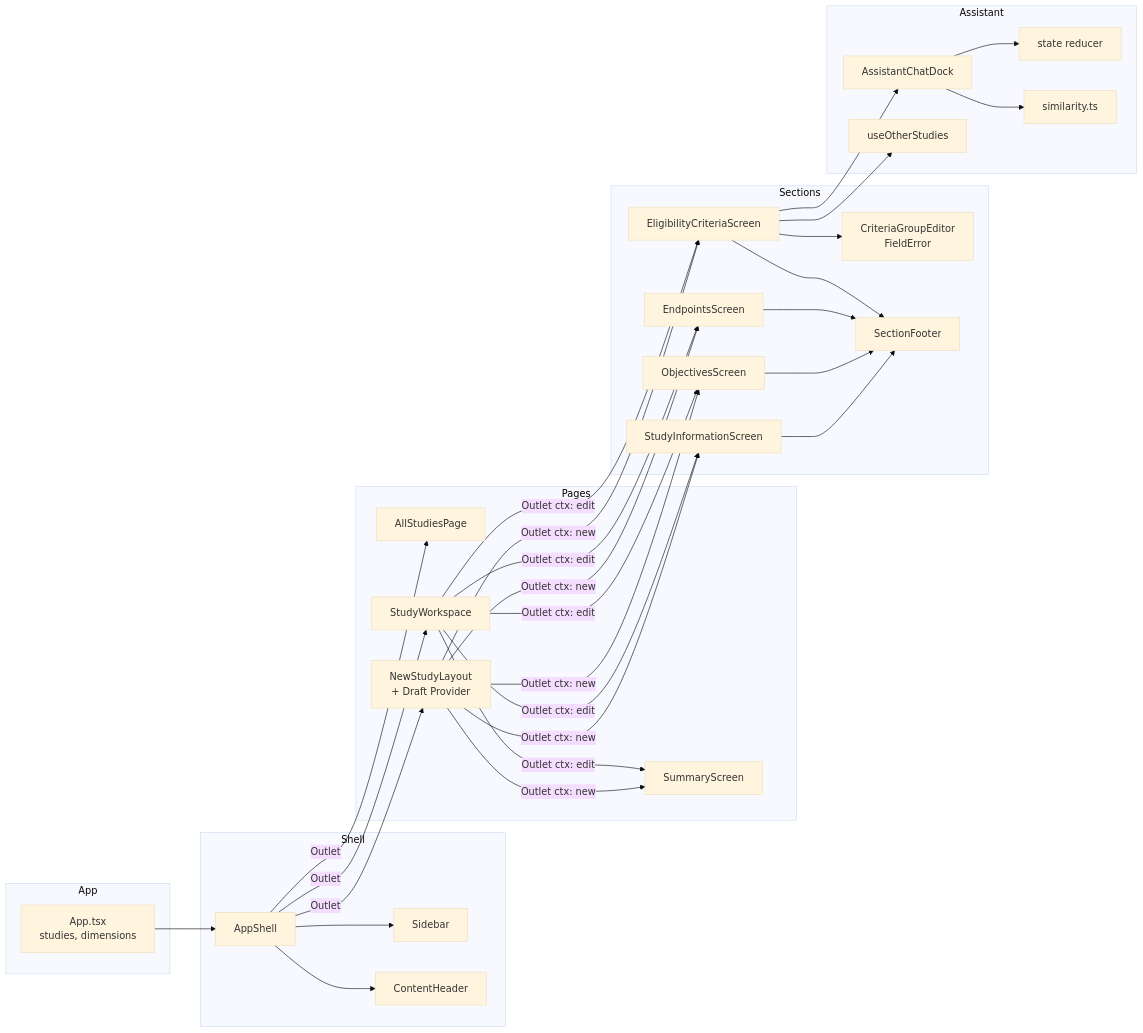
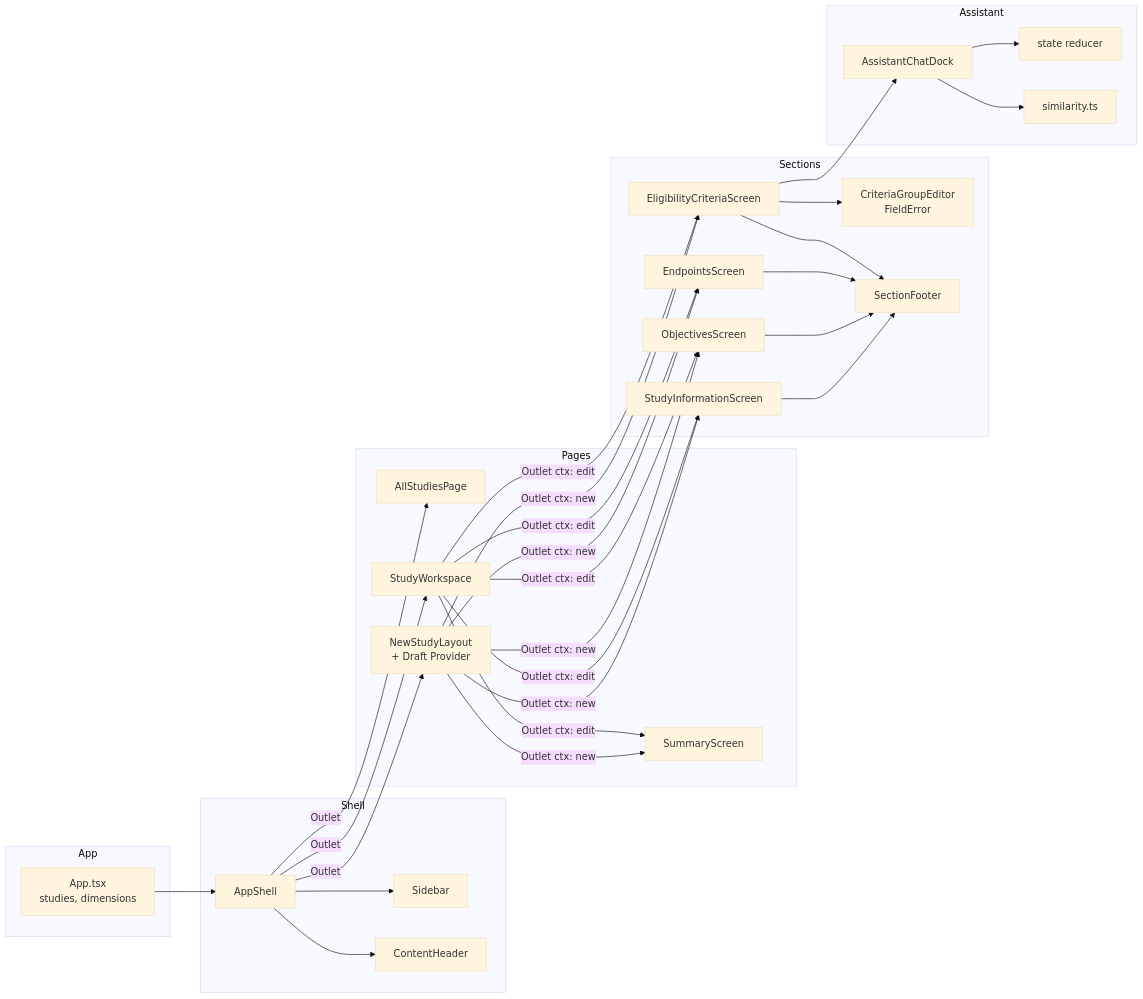
The second of 6 diagrams in docs/frontend-architecture.md (mathiasfk/clinical-trials-hub), drawn with Mermaid (base theme) before and after one commit. The commit also changed other lines of this file and 9 other files, not shown here.

````diff
--- a/docs/frontend-architecture.md
+++ b/docs/frontend-architecture.md
@@ -168,53 +167,51 @@
 ```mermaid
 flowchart LR
     subgraph App
         APP[App.tsx\nstudies, dimensions]
     end
 
     subgraph Shell
         AS[AppShell]
         SB[Sidebar]
         CH[ContentHeader]
     end
 
     subgraph Pages
         ASP[AllStudiesPage]
         NSL[NewStudyLayout\n+ Draft Provider]
         SW[StudyWorkspace]
         SUM[SummaryScreen]
     end
 
     subgraph Sections
         SI[StudyInformationScreen]
         OBJ[ObjectivesScreen]
         END[EndpointsScreen]
         ELI[EligibilityCriteriaScreen]
         EE[CriteriaGroupEditor\nFieldError]
         SF[SectionFooter]
     end
 
     subgraph Assistant
         ACD[AssistantChatDock]
         ST[state reducer]
         SIM[similarity.ts]
-        UOS[useOtherStudies]
     end
 
     APP --> AS
     AS --> SB
     AS --> CH
     AS -->|Outlet| ASP
     AS -->|Outlet| NSL
     AS -->|Outlet| SW
 
     NSL -->|Outlet ctx: new| SI & OBJ & END & ELI & SUM
     SW  -->|Outlet ctx: edit| SI & OBJ & END & ELI & SUM
 
     ELI --> EE
     SI & OBJ & END & ELI --> SF
 
     ELI --> ACD
     ACD --> ST
     ACD --> SIM
-    ELI --> UOS
 ```
````
